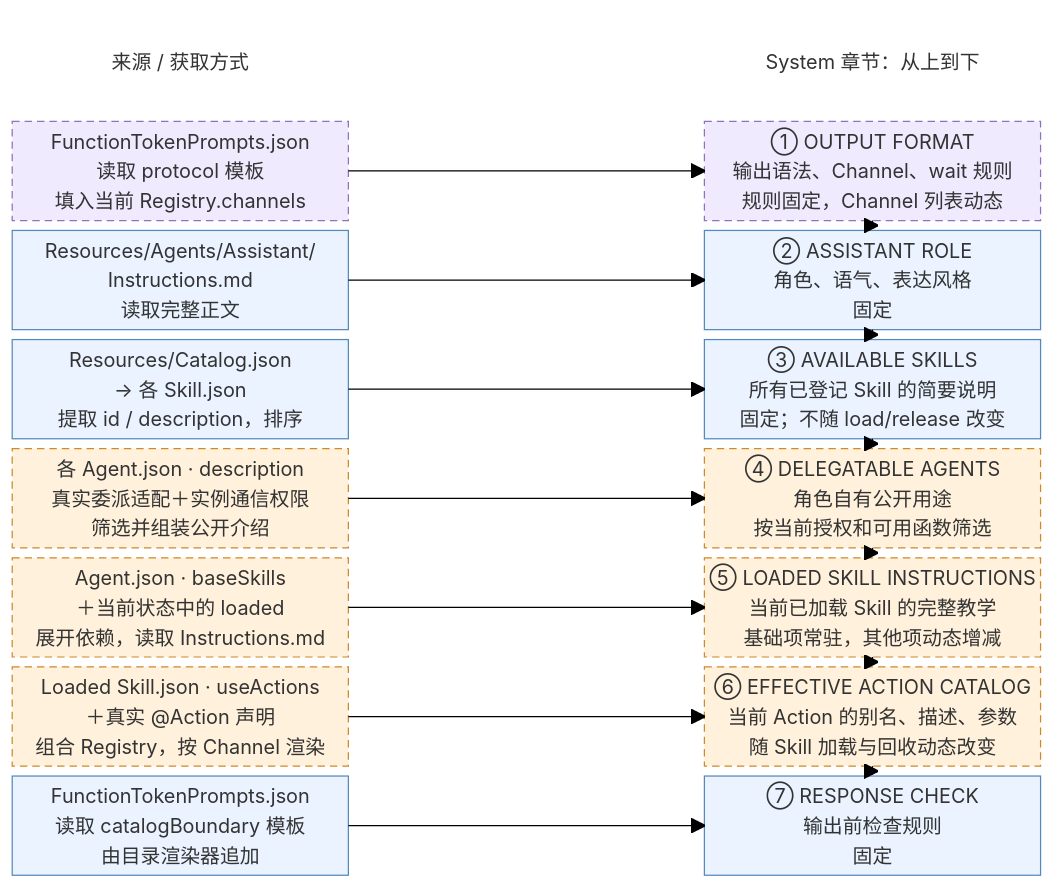
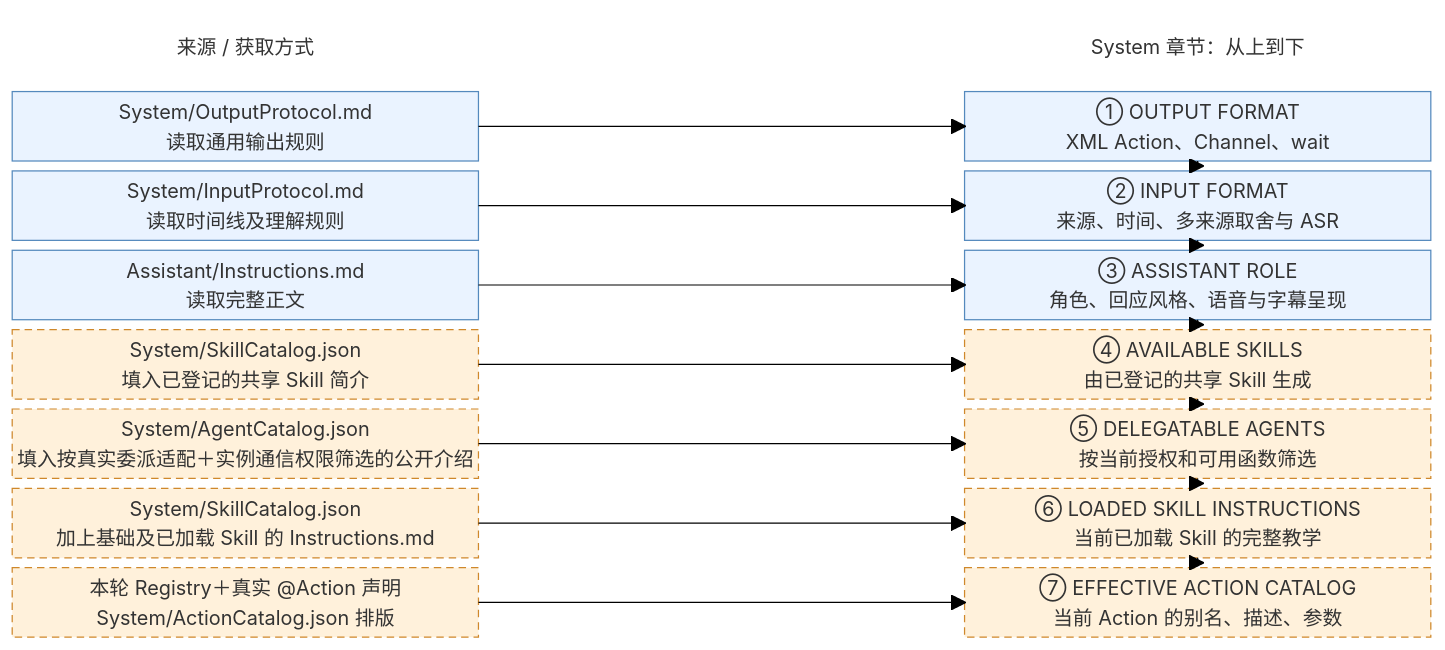
One commit to devilyouwei/MobileHarness changed the third of 3 diagrams in MobileHarness/Agents/Assistant/README.md. Above: the diagram before and after it, drawn with Mermaid (forest theme). The commit also changed other lines of this file and 209 other files, not shown here.

First line of the commit message:
Implement Assistant full-duplex input and consolidate agent settings

````diff
--- a/MobileHarness/Agents/Assistant/README.md
+++ b/MobileHarness/Agents/Assistant/README.md
@@ -131,45 +131,43 @@
 ```mermaid
 block-beta
     columns 3
 
     H1["来源 / 获取方式"] space H2["System 章节：从上到下"]
 
-    A["FunctionTokenPrompts.json<br/>读取 protocol 模板<br/>填入当前 Registry.channels"] space S1["① OUTPUT FORMAT<br/>输出语法、Channel、wait 规则<br/>规则固定，Channel 列表动态"]
+    A["System/OutputProtocol.md<br/>读取通用输出规则"] space S1["① OUTPUT FORMAT<br/>XML Action、Channel、wait"]
 
-    B["Resources/Agents/Assistant/<br/>Instructions.md<br/>读取完整正文"] space S2["② ASSISTANT ROLE<br/>角色、语气、表达风格<br/>固定"]
+    Input["System/InputProtocol.md<br/>读取时间线及理解规则"] space S2["② INPUT FORMAT<br/>来源、时间、多来源取舍与 ASR"]
 
-    C["Resources/Catalog.json<br/>→ 各 Skill.json<br/>提取 id / description，排序"] space S3["③ AVAILABLE SKILLS<br/>所有已登记 Skill 的简要说明<br/>固定；不随 load/release 改变"]
+    B["Assistant/Instructions.md<br/>读取完整正文"] space S3["③ ASSISTANT ROLE<br/>角色、回应风格、语音与字幕呈现"]
 
-    D["各 Agent.json · description<br/>真实委派适配＋实例通信权限<br/>筛选并组装公开介绍"] space S4["④ DELEGATABLE AGENTS<br/>角色自有公开用途<br/>按当前授权和可用函数筛选"]
+    C["System/SkillCatalog.json<br/>填入已登记的共享 Skill 简介"] space S4["④ AVAILABLE SKILLS<br/>由已登记的共享 Skill 生成"]
 
-    E["Agent.json · baseSkills<br/>＋当前状态中的 loaded<br/>展开依赖，读取 Instructions.md"] space S5["⑤ LOADED SKILL INSTRUCTIONS<br/>当前已加载 Skill 的完整教学<br/>基础项常驻，其他项动态增减"]
+    D["System/AgentCatalog.json<br/>填入按真实委派适配＋实例通信权限筛选的公开介绍"] space S5["⑤ DELEGATABLE AGENTS<br/>按当前授权和可用函数筛选"]
 
-    F["Loaded Skill.json · useActions<br/>＋真实 @Action 声明<br/>组合 Registry，按 Channel 渲染"] space S6["⑥ EFFECTIVE ACTION CATALOG<br/>当前 Action 的别名、描述、参数<br/>随 Skill 加载与回收动态改变"]
+    E["System/SkillCatalog.json<br/>加上基础及已加载 Skill 的 Instructions.md"] space S6["⑥ LOADED SKILL INSTRUCTIONS<br/>当前已加载 Skill 的完整教学"]
 
-    G["FunctionTokenPrompts.json<br/>读取 catalogBoundary 模板<br/>由目录渲染器追加"] space S7["⑦ RESPONSE CHECK<br/>输出前检查规则<br/>固定"]
+    F["本轮 Registry＋真实 @Action 声明<br/>System/ActionCatalog.json 排版"] space S7["⑦ EFFECTIVE ACTION CATALOG<br/>当前 Action 的别名、描述、参数"]
 
     A --> S1
-    B --> S2
-    C --> S3
-    D --> S4
-    E --> S5
-    F --> S6
-    G --> S7
+    Input --> S2
+    B --> S3
+    C --> S4
+    D --> S5
+    E --> S6
+    F --> S7
 
     S1 --> S2
     S2 --> S3
     S3 --> S4
     S4 --> S5
     S5 --> S6
     S6 --> S7
 
     classDef fixed fill:#eaf3ff,stroke:#5489bd,color:#173c60
     classDef dynamic fill:#fff1db,stroke:#cf882b,color:#65400d,stroke-dasharray:6 4
-    classDef mixed fill:#f0eaff,stroke:#9170bc,color:#493269,stroke-dasharray:6 4
     classDef heading fill:transparent,stroke:transparent
 
-    class B,C,G,S2,S3,S7 fixed
-    class D,E,F,S4,S5,S6 dynamic
-    class A,S1 mixed
+    class A,Input,B,S1,S2,S3 fixed
+    class C,D,E,F,S4,S5,S6,S7 dynamic
     class H1,H2 heading
 ```
````
